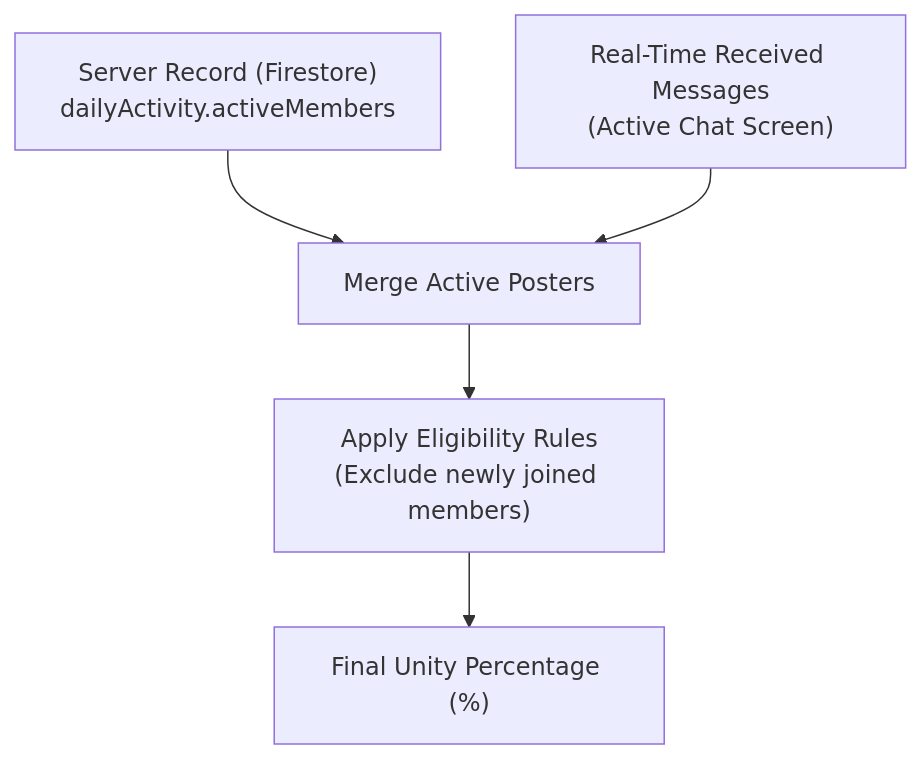
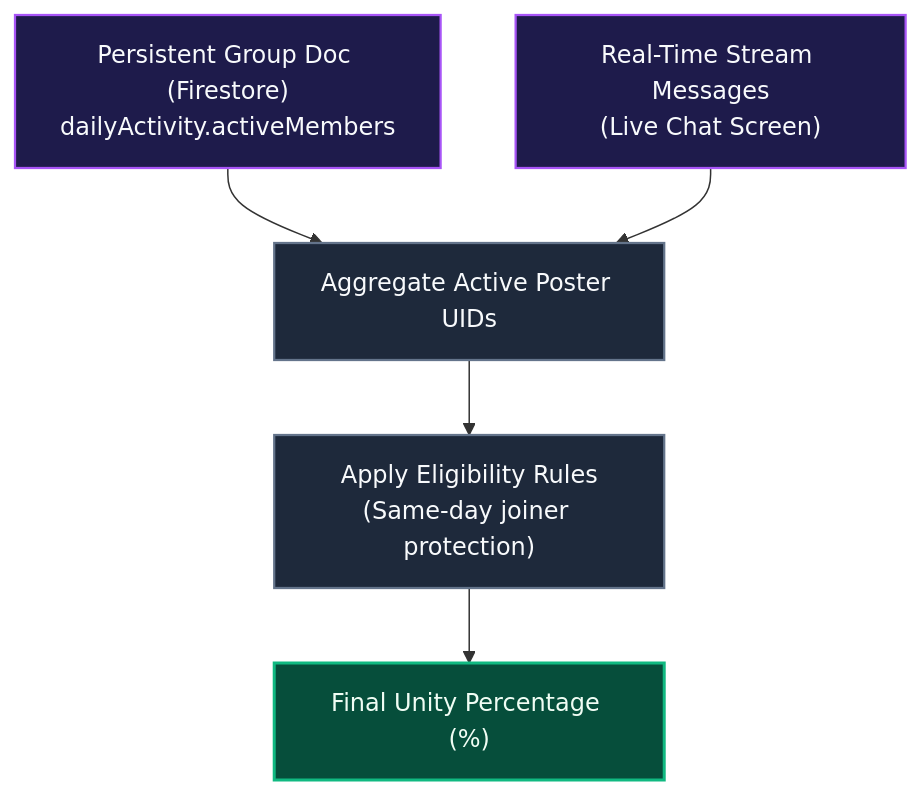
The first of 2 diagrams in docs/unity-participation.md (ScriptureHabit/scripture-habit), drawn with Mermaid before and after one commit. The commit also changed other lines of this file and 57 other files, not shown here.

Commit message:
docs: refine documentation prose and add structured diagram breakdowns across JA and EN

````diff
--- a/docs/unity-participation.md
+++ b/docs/unity-participation.md
@@ -15,7 +15,11 @@
 ```mermaid
 flowchart TD
-    ServerDoc["Server Record (Firestore)<br/>dailyActivity.activeMembers"] --> Merge["Merge Active Posters"]
-    ClientMessages["Real-Time Received Messages<br/>(Active Chat Screen)"] --> Merge
-    Merge --> CheckEligibility["Apply Eligibility Rules<br/>(Exclude newly joined members)"]
-    CheckEligibility --> FinalPercentage["Final Unity Percentage (%)"]
+    classDef source fill:#1e1b4b,stroke:#a855f7,stroke-width:1.5px,color:#f8fafc;
+    classDef process fill:#1e293b,stroke:#64748b,stroke-width:1.5px,color:#f8fafc;
+    classDef result fill:#064e3b,stroke:#10b981,stroke-width:2px,color:#f0fdf4;
+
+    ServerDoc["Persistent Group Doc (Firestore)<br/>dailyActivity.activeMembers"]:::source --> Merge["Aggregate Active Poster UIDs"]:::process
+    ClientMessages["Real-Time Stream Messages<br/>(Live Chat Screen)"]:::source --> Merge
+    Merge --> CheckEligibility["Apply Eligibility Rules<br/>(Same-day joiner protection)"]:::process
+    CheckEligibility --> FinalPercentage["Final Unity Percentage (%)"]:::result
 ```
````
